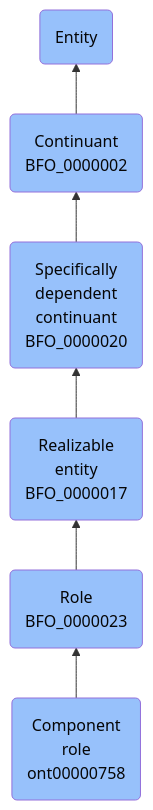
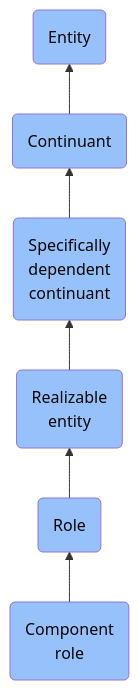
One commit to jupyter-naas/abi changed the diagram in docs/ontology/reference/model/Entity/Continuant/Specifically dependent continuant/Realizable entity/Role/Component role/Component role.md. Above: the diagram before and after it, drawn with Mermaid. The commit also changed other lines of this file and 1430 other files, not shown here.

````diff
--- a/docs/ontology/reference/model/Entity/Continuant/Specifically dependent continuant/Realizable entity/Role/Component role/Component role.md
+++ b/docs/ontology/reference/model/Entity/Continuant/Specifically dependent continuant/Realizable entity/Role/Component role/Component role.md
@@ -24,13 +24,13 @@
 ```mermaid
 graph BT
-    ont00000758(Component<br>role<br>ont00000758):::BFO-->BFO_0000023
-    BFO_0000023(Role<br>BFO_0000023):::BFO-->BFO_0000017
-    BFO_0000017(Realizable<br>entity<br>BFO_0000017):::BFO-->BFO_0000020
-    BFO_0000020(Specifically<br>dependent<br>continuant<br>BFO_0000020):::BFO-->BFO_0000002
-    BFO_0000002(Continuant<br>BFO_0000002):::BFO-->BFO_0000001
+    ont00000758(Component<br>role):::BFO-->BFO_0000023
+    BFO_0000023(Role):::BFO-->BFO_0000017
+    BFO_0000017(Realizable<br>entity):::BFO-->BFO_0000020
+    BFO_0000020(Specifically<br>dependent<br>continuant):::BFO-->BFO_0000002
+    BFO_0000002(Continuant):::BFO-->BFO_0000001
     BFO_0000001(Entity):::BFO
     
     classDef BFO fill:#97c1fb,color:#060606
     classDef CCO fill:#e4c51e,color:#060606
     classDef ABI fill:#48DD82,color:#060606
 ```
````
